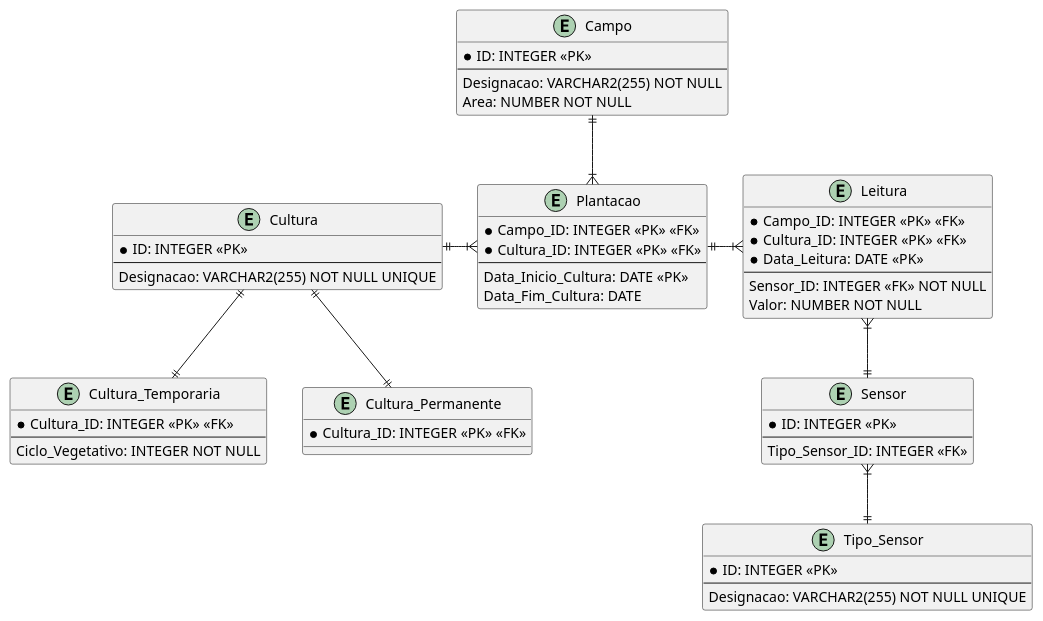
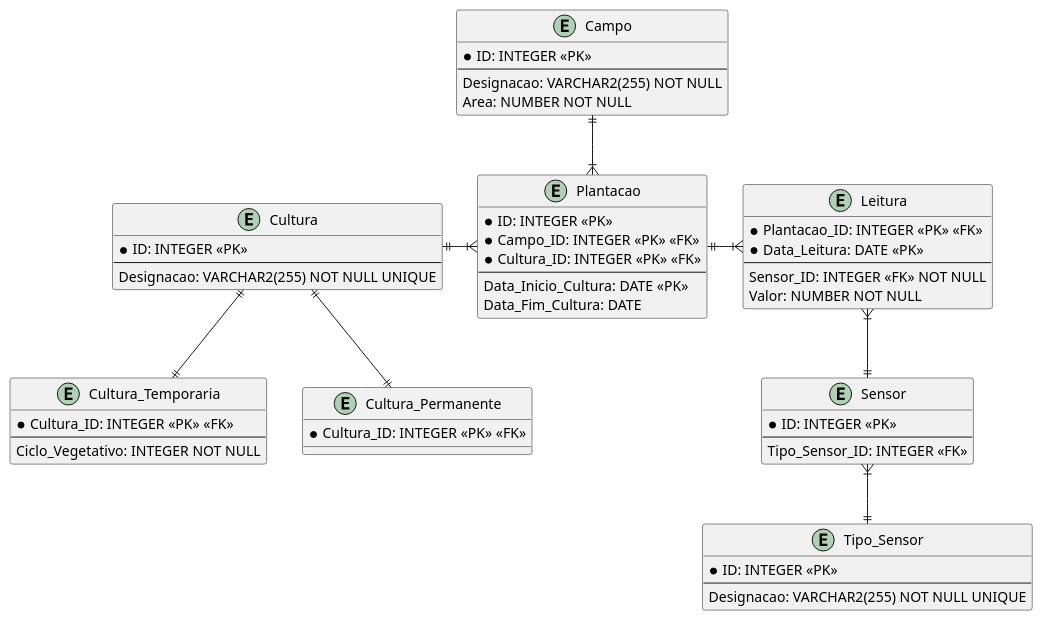
The diagram in BDDAD/Quinta-Estatística.puml (Mendoncaa/LAPR3), drawn with PlantUML before and after one commit. The commit also changed 4 other files, not shown here.

```diff
--- a/BDDAD/Quinta-Estatística.puml
+++ b/BDDAD/Quinta-Estatística.puml
@@ -1,79 +1,79 @@
 @startuml Quinta-Estatística
 
 /'TODO #1:- Verificar se a Designação de um Campo é única e se estas 
 devem seguir um conjunto de regras;'/
 /'TODO #2:- Determinar o valor minímo de uma qualquer Área;'/
 /'Constraints:- [[Area, CHECK(Area > Mínimo)]]'/
 entity Campo {
     * ID: INTEGER <<PK>>
     --
     Designacao: VARCHAR2(255) NOT NULL
     Area: NUMBER NOT NULL
 }
 
 /'Triggers:-
     #1: Verificar que uma Cultura não é simultaneamente uma Cultura_Temporaria
     e Cultura_Permanente;'/
 entity Cultura {
     * ID: INTEGER <<PK>>
     --
     Designacao: VARCHAR2(255) NOT NULL UNIQUE
 }
 
 /'Contraints:- [[Ciclo_Vegetativo, CHECK(Ciclo_Vegetativo > 0)], 
 [Ciclo_Vegetativo, CHECK(Ciclo_Vegetativo < 12)]]'/
 entity Cultura_Temporaria {
     * Cultura_ID: INTEGER <<PK>> <<FK>>
     --
     Ciclo_Vegetativo: INTEGER NOT NULL
 }
 
 entity Cultura_Permanente {
     * Cultura_ID: INTEGER <<PK>> <<FK>>
 }
 
 
 /'Constraints:- [[Campo_ID, Data_Inicio_Cultura, UNIQUE(Campo_ID, Data_Inicio_Cultura)], 
 [Data_Fim_Cultura, CHECK(Data_Fim_Cultura < Data_Inicio_Cultura)]]'/
 entity Plantacao {
+    * ID: INTEGER <<PK>>
     * Campo_ID: INTEGER <<PK>> <<FK>>
     * Cultura_ID: INTEGER <<PK>> <<FK>>
     --
     Data_Inicio_Cultura: DATE <<PK>>
     Data_Fim_Cultura: DATE
 }
 
 entity Tipo_Sensor {
     * ID: INTEGER <<PK>>
     --
     Designacao: VARCHAR2(255) NOT NULL UNIQUE
 }
 
 entity Sensor {
     * ID: INTEGER <<PK>>
     --
     Tipo_Sensor_ID: INTEGER <<FK>> 
 }
 
 entity Leitura {
-    * Campo_ID: INTEGER <<PK>> <<FK>>
-    * Cultura_ID: INTEGER <<PK>> <<FK>>
+    * Plantacao_ID: INTEGER <<PK>> <<FK>>
     * Data_Leitura: DATE <<PK>>
     --
     Sensor_ID: INTEGER <<FK>> NOT NULL
     Valor: NUMBER NOT NULL
 }
 
 Campo ||-d-|{ Plantacao
 
 Cultura ||-r-|{ Plantacao
 Cultura ||-d-|| Cultura_Temporaria
 Cultura ||-d-|| Cultura_Permanente
 
 Plantacao ||-r-|{ Leitura
 
 Tipo_Sensor ||-u-|{ Sensor
 
 Sensor ||-u-|{ Leitura
 
 @enduml
```
